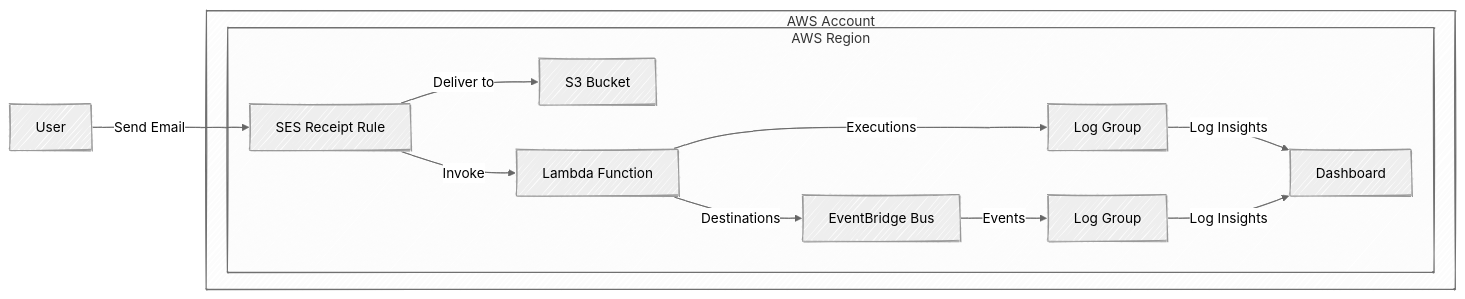
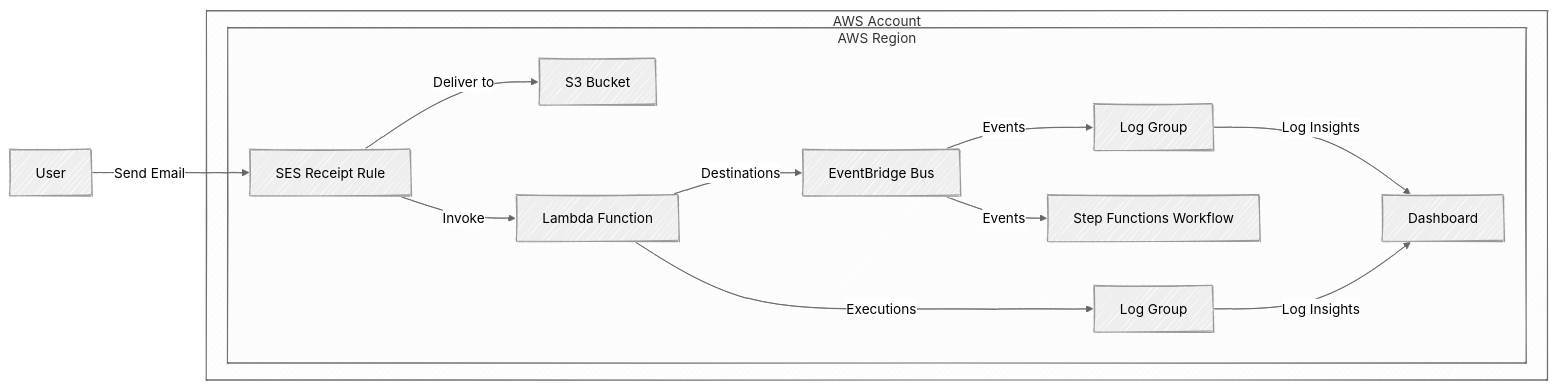
One commit to ServerlessNinja/aws-email-wrangler changed the diagram in README.md. Above: the diagram before and after it, drawn with Mermaid. The commit also changed other lines of this file, not shown here.

````diff
--- a/README.md
+++ b/README.md
@@ -20,28 +20,30 @@
 ```mermaid
 ---
 config:
   theme: neutral
   layout: dagre
   look: handDrawn
 ---
 flowchart LR
  subgraph AWS["AWS Account"]
     subgraph AWSR["AWS Region"]
         SES["SES Receipt Rule"]
         S3["S3 Bucket"]
         Lambda["Lambda Function"]
         EventBus["EventBridge Bus"]
+        StepFunctions["Step Functions Workflow"]
         Logs1["Log Group"]
         Logs2["Log Group"]
         Dashboard["Dashboard"]
     end
   end
     User["User"] -- Send Email --> SES
     SES -- Deliver to --> S3
     SES -- Invoke --> Lambda
     Lambda -- Destinations --> EventBus
     Lambda -- Executions --> Logs1
     EventBus -- Events --> Logs2
+    EventBus -- Events --> StepFunctions
     Logs1 -- Log Insights --> Dashboard
     Logs2 -- Log Insights --> Dashboard
 ```
````
